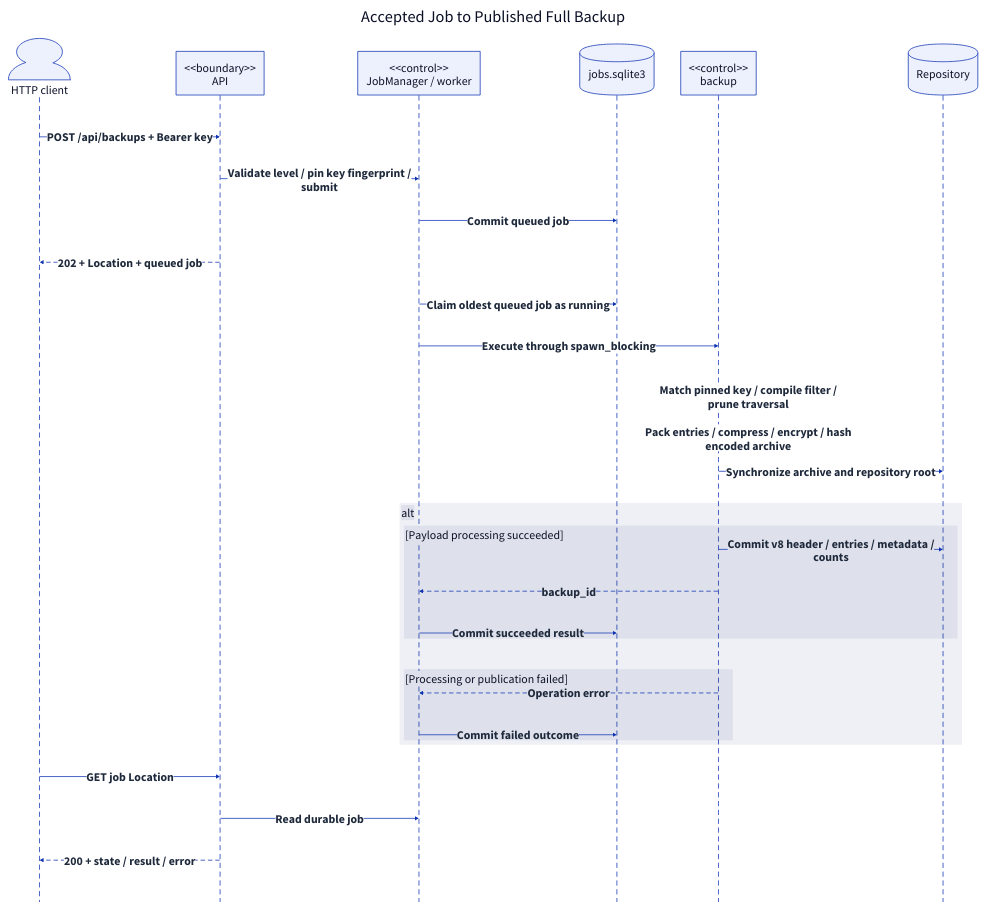
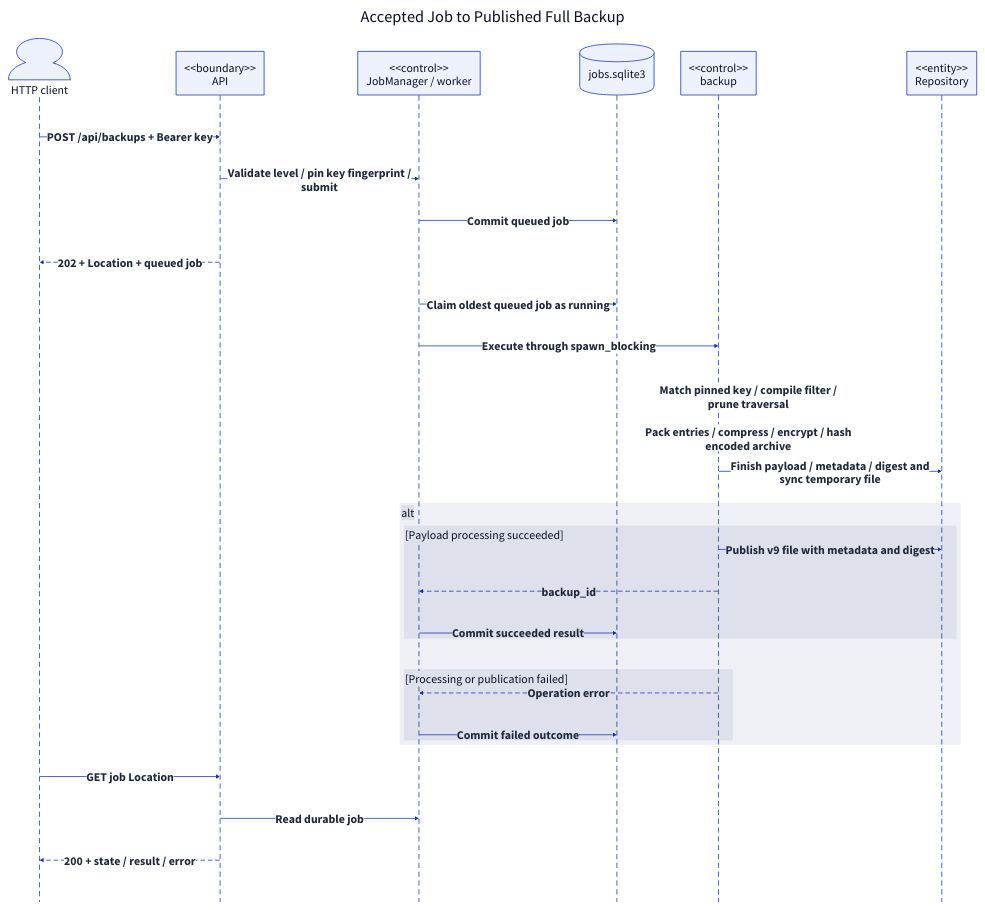
The diagram in docs/report/generated/system-sequence-backup.d2 (qi7876/software-development-exp), drawn with D2 before and after one commit. The commit also changed 30 other files, not shown here.

```diff
--- a/docs/report/generated/system-sequence-backup.d2
+++ b/docs/report/generated/system-sequence-backup.d2
@@ -1,41 +1,41 @@
 # Generated from docs/report/model.yaml; do not edit directly.
 direction: down
 **.style.font-size: 32
 (** -> **)[*].style: {font-size: 32; bold: true; italic: false; font-color: "#1E293B"}
 (** -- **)[*].style: {font-size: 32; bold: true; italic: false; font-color: "#1E293B"}
 (** <- **)[*].style: {font-size: 32; bold: true; italic: false; font-color: "#1E293B"}
 diagram: "Accepted Job to Published Full Backup" {
   style.font-size: 44
   style.fill: white
   style.stroke: transparent
   shape: sequence_diagram
   Client: "HTTP client" {shape: person}
   API: "<<boundary>>\nAPI" {shape: rectangle}
   Jobs: "<<control>>\nJobManager / worker" {shape: rectangle}
   DB: "jobs.sqlite3" {shape: cylinder}
   Backup: "<<control>>\nbackup" {shape: rectangle}
-  Repo: "Repository" {shape: cylinder}
+  Repo: "<<entity>>\nRepository" {shape: rectangle}
   Client -> API: "POST /api/backups + Bearer key"
   API -> Jobs: "Validate level / pin key fingerprint /\nsubmit"
   Jobs -> DB: "Commit queued job"
   API -> Client: "202 + Location + queued job" {style.stroke-dash: 5}
   Jobs -> DB: "Claim oldest queued job as running"
   Jobs -> Backup: "Execute through spawn_blocking"
   Backup -> Backup: "Match pinned key / compile filter /\nprune traversal"
   Backup -> Backup: "Pack entries / compress / encrypt / hash\nencoded archive"
-  Backup -> Repo: "Synchronize archive and repository root"
+  Backup -> Repo: "Finish payload / metadata / digest and\nsync temporary file"
   fragment_9: alt {
     branch_9: "[Payload processing succeeded]" {
-      Backup -> Repo: "Commit v8 header / entries / metadata /\ncounts"
+      Backup -> Repo: "Publish v9 file with metadata and digest"
       Backup -> Jobs: "backup_id" {style.stroke-dash: 5}
       Jobs -> DB: "Commit succeeded result"
     }
     branch_13: "[Processing or publication failed]" {
       Backup -> Jobs: "Operation error" {style.stroke-dash: 5}
       Jobs -> DB: "Commit failed outcome"
     }
   }
   Client -> API: "GET job Location"
   API -> Jobs: "Read durable job"
   API -> Client: "200 + state / result / error" {style.stroke-dash: 5}
 }
```
